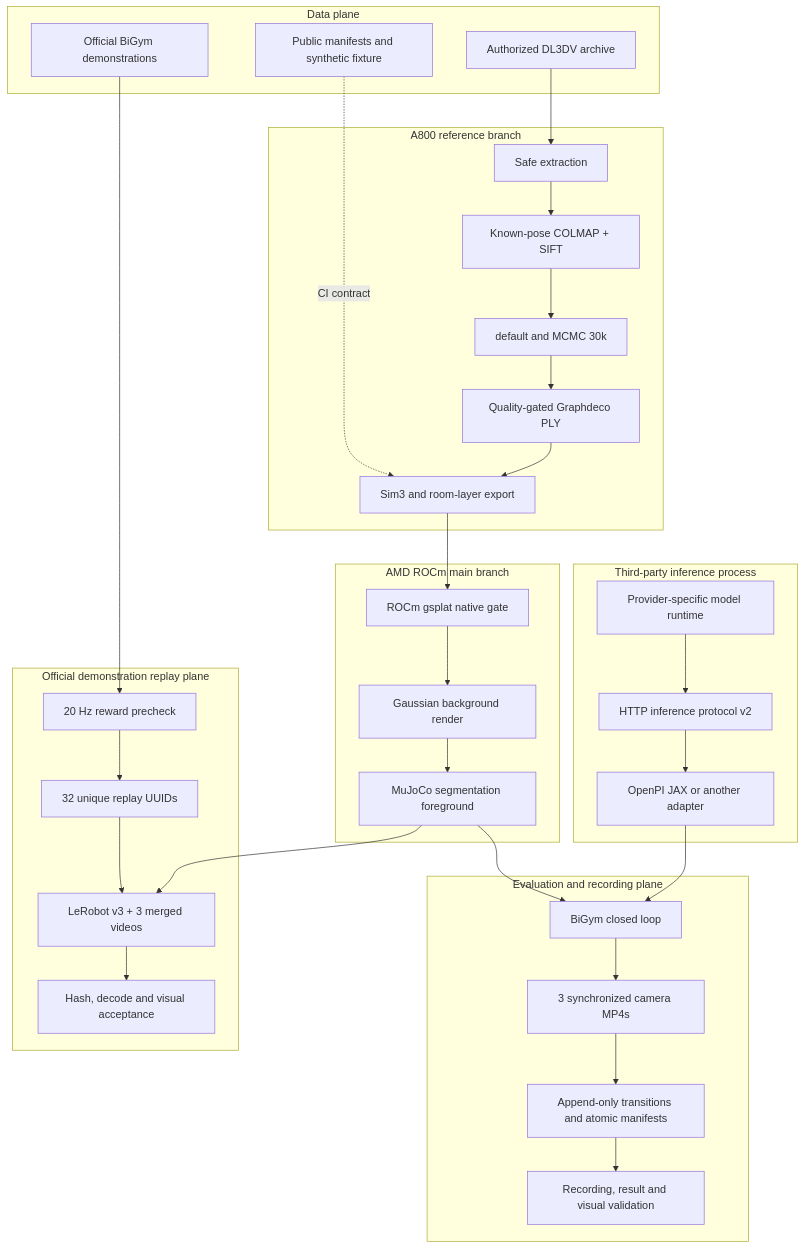
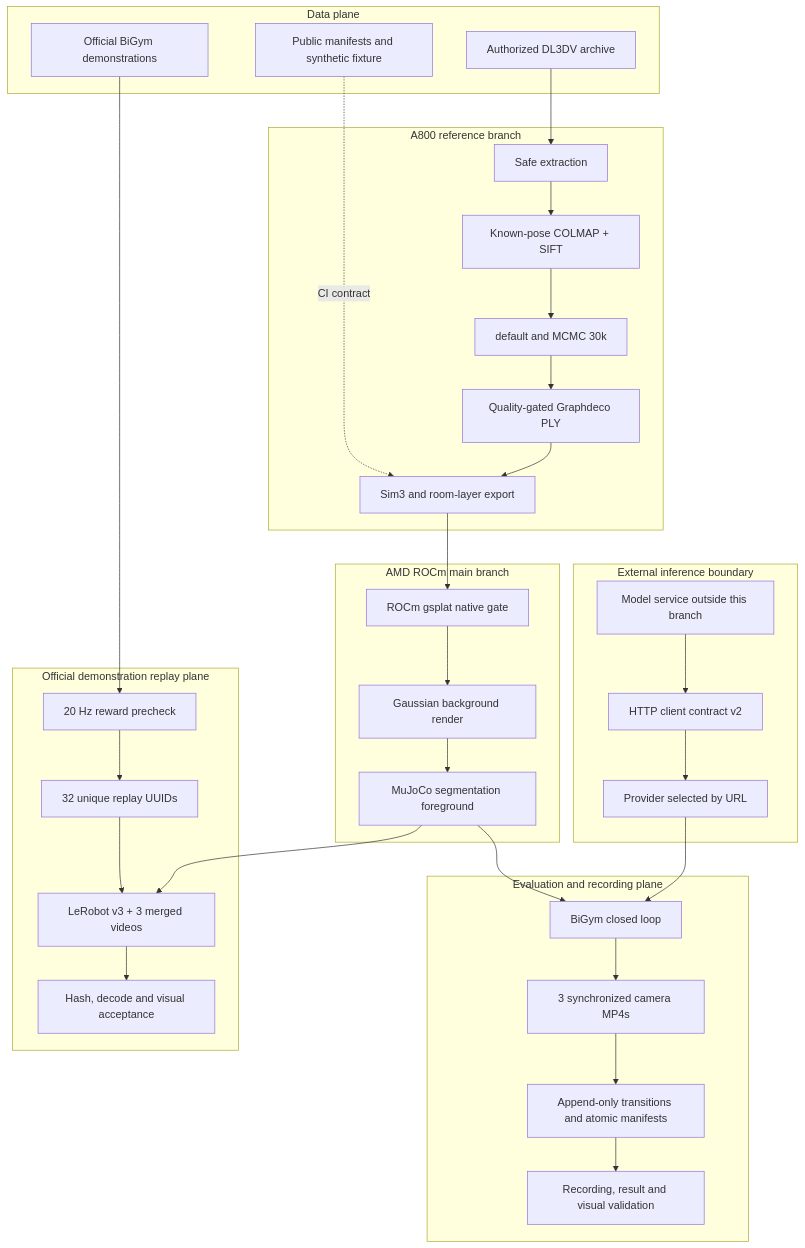
One commit to eust-w/amd-bigym-3dgs-rocm changed the diagram in docs/architecture/end-to-end.md. Above: the diagram before and after it, drawn with Mermaid. The commit also changed 36 other files, not shown here.

Commit message:
Move model inference implementation to interence branch

````diff
--- a/docs/architecture/end-to-end.md
+++ b/docs/architecture/end-to-end.md
@@ -3,51 +3,51 @@
 ```mermaid
 flowchart TB
   subgraph Data[Data plane]
     D1[Authorized DL3DV archive]
     D2[Official BiGym demonstrations]
     D3[Public manifests and synthetic fixture]
   end
 
   subgraph Reconstruction[A800 reference branch]
     R1[Safe extraction]
     R2[Known-pose COLMAP + SIFT]
     R3[default and MCMC 30k]
     R4[Quality-gated Graphdeco PLY]
     R5[Sim3 and room-layer export]
   end
 
   subgraph Runtime[AMD ROCm main branch]
     A1[ROCm gsplat native gate]
     A2[Gaussian background render]
     A3[MuJoCo segmentation foreground]
   end
 
-  subgraph Inference[Third-party inference process]
-    I1[Provider-specific model runtime]
-    I2[HTTP inference protocol v2]
-    I3[OpenPI JAX or another adapter]
+  subgraph Inference[External inference boundary]
+    I1[Model service outside this branch]
+    I2[HTTP client contract v2]
+    I3[Provider selected by URL]
   end
 
   subgraph Evaluation[Evaluation and recording plane]
     E1[BiGym closed loop]
     E2[3 synchronized camera MP4s]
     E3[Append-only transitions and atomic manifests]
     E4[Recording, result and visual validation]
   end
 
   subgraph Collection[Official demonstration replay plane]
     C1[20 Hz reward precheck]
     C2[32 unique replay UUIDs]
     C3[LeRobot v3 + 3 merged videos]
     C4[Hash, decode and visual acceptance]
   end
 
   D1 --> R1 --> R2 --> R3 --> R4 --> R5
   R5 --> A1 --> A2 --> A3
   I1 --> I2 --> I3 --> E1
   A3 --> E1 --> E2 --> E3 --> E4
   D2 --> C1 --> C2
   A3 --> C3
   C2 --> C3 --> C4
   D3 -. CI contract .-> R5
 ```
````
